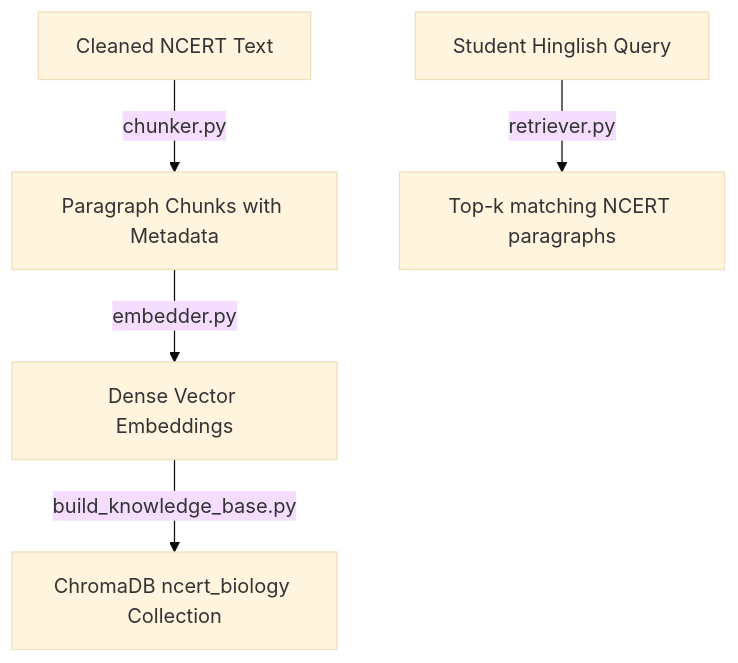
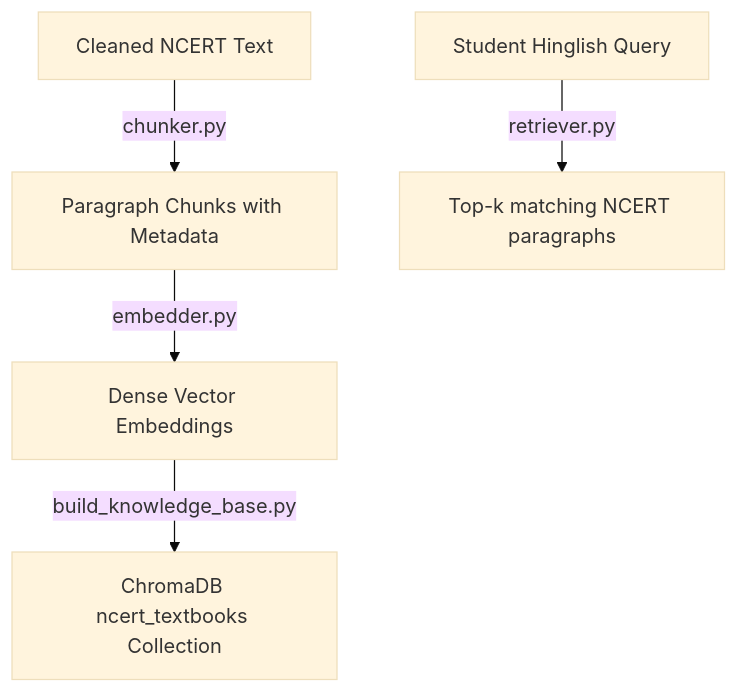
The fourth of 5 diagrams in test_commands.md (PersuasivePost/EduHinglish), drawn with Mermaid (base theme) before and after one commit. The commit also changed 88 other files, not shown here.

````diff
--- a/test_commands.md
+++ b/test_commands.md
@@ -175,7 +175,7 @@
 ```mermaid
 graph TD
     A[Cleaned NCERT Text] -->|chunker.py| B[Paragraph Chunks with Metadata]
     B -->|embedder.py| C[Dense Vector Embeddings]
-    C -->|build_knowledge_base.py| D[ChromaDB ncert_biology Collection]
+    C -->|build_knowledge_base.py| D[ChromaDB ncert_textbooks Collection]
     E[Student Hinglish Query] -->|retriever.py| F[Top-k matching NCERT paragraphs]
 ```
````
